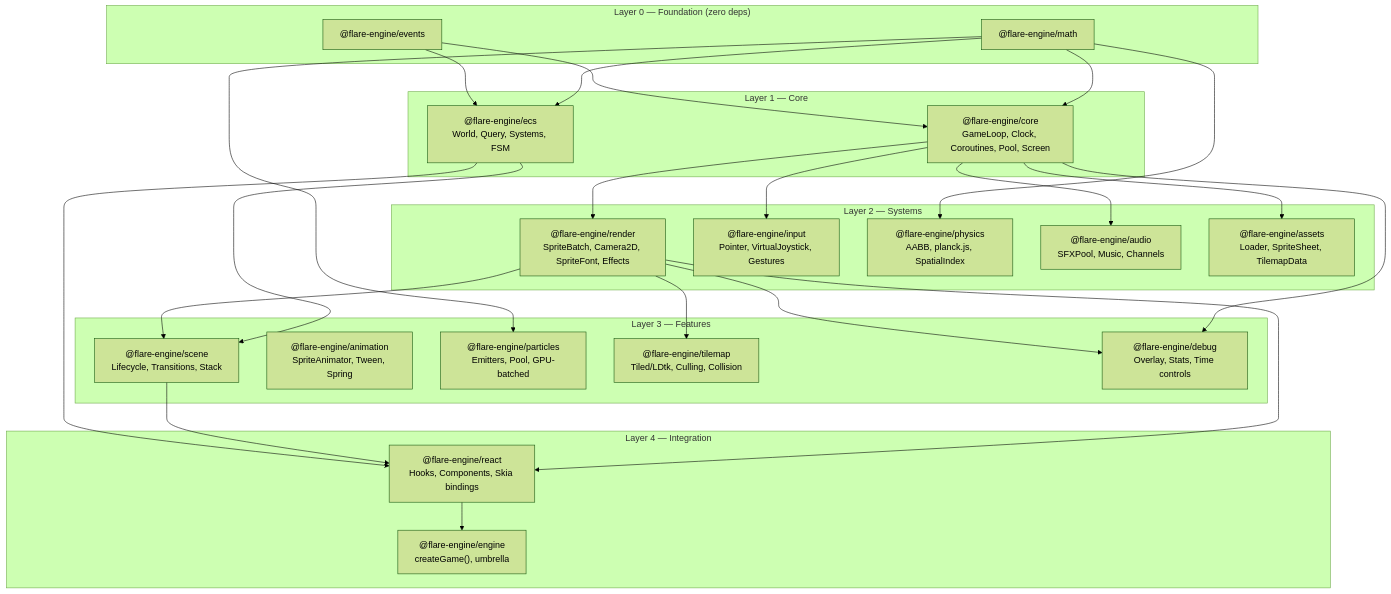
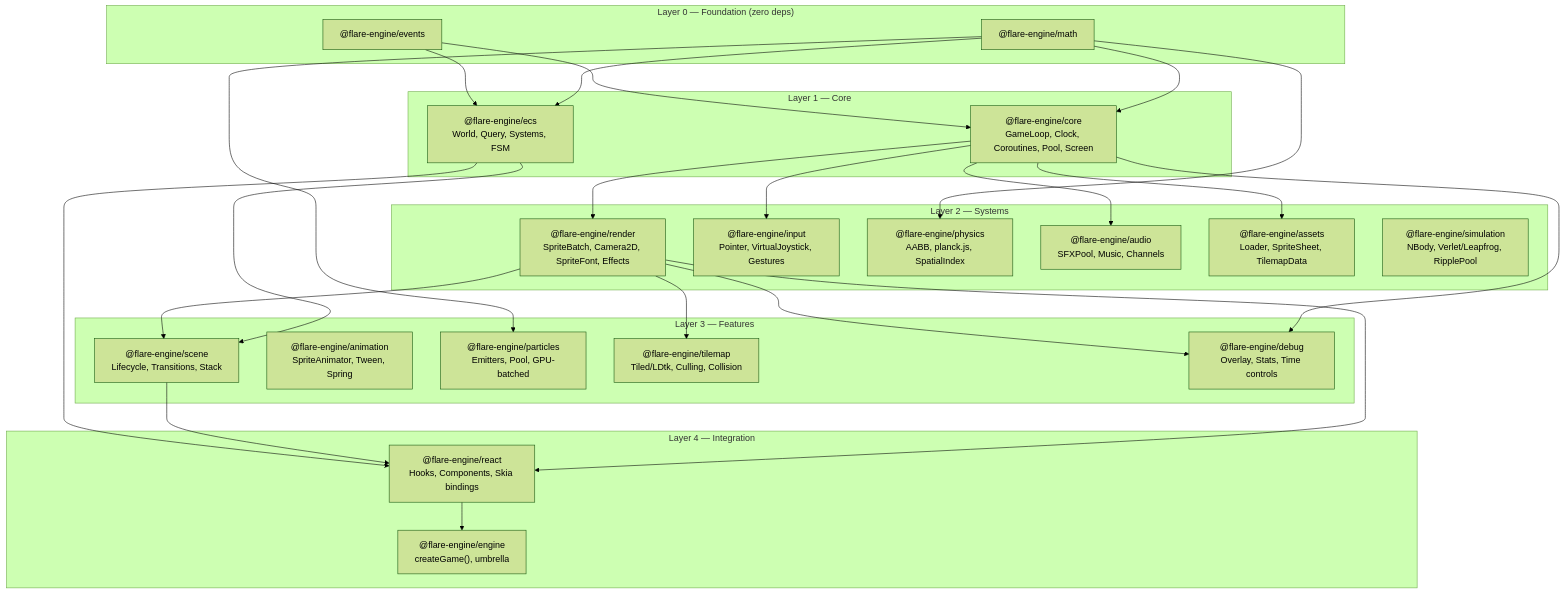
One commit to grzott/flare-engine changed the diagram in docs/design/architecture.md. Above: the diagram before and after it, drawn with Mermaid (forest theme). The commit also changed other lines of this file and 16 other files, not shown here.

Commit message:
feat(simulation): scaffold package + nbody/verlet/ripples

````diff
--- a/docs/design/architecture.md
+++ b/docs/design/architecture.md
@@ -17,57 +17,58 @@
 ```mermaid
 graph TD
     subgraph "Layer 0 — Foundation (zero deps)"
         MATH["@flare-engine/math"]
         EVENTS["@flare-engine/events"]
     end
 
     subgraph "Layer 1 — Core"
         CORE["@flare-engine/core<br/>GameLoop, Clock, Coroutines, Pool, Screen"]
         ECS["@flare-engine/ecs<br/>World, Query, Systems, FSM"]
     end
 
     subgraph "Layer 2 — Systems"
         RENDER["@flare-engine/render<br/>SpriteBatch, Camera2D, SpriteFont, Effects"]
         INPUT["@flare-engine/input<br/>Pointer, VirtualJoystick, Gestures"]
         PHYSICS["@flare-engine/physics<br/>AABB, planck.js, SpatialIndex"]
         AUDIO["@flare-engine/audio<br/>SFXPool, Music, Channels"]
         ASSETS["@flare-engine/assets<br/>Loader, SpriteSheet, TilemapData"]
+        SIMULATION["@flare-engine/simulation<br/>NBody, Verlet/Leapfrog, RipplePool"]
     end
 
     subgraph "Layer 3 — Features"
         SCENE["@flare-engine/scene<br/>Lifecycle, Transitions, Stack"]
         ANIM["@flare-engine/animation<br/>SpriteAnimator, Tween, Spring"]
         PARTICLES["@flare-engine/particles<br/>Emitters, Pool, GPU-batched"]
         TILEMAP["@flare-engine/tilemap<br/>Tiled/LDtk, Culling, Collision"]
         DEBUG["@flare-engine/debug<br/>Overlay, Stats, Time controls"]
     end
 
     subgraph "Layer 4 — Integration"
         REACT["@flare-engine/react<br/>Hooks, Components, Skia bindings"]
         ENGINE["@flare-engine/engine<br/>createGame(), umbrella"]
     end
 
     MATH --> CORE
     EVENTS --> CORE
     MATH --> ECS
     EVENTS --> ECS
 
     CORE --> RENDER
     CORE --> INPUT
     MATH --> PHYSICS
     CORE --> AUDIO
     CORE --> ASSETS
 
     ECS --> SCENE
     RENDER --> SCENE
     MATH --> PARTICLES
     RENDER --> TILEMAP
     CORE --> DEBUG
     RENDER --> DEBUG
 
     RENDER --> REACT
     SCENE --> REACT
     ECS --> REACT
 
     REACT --> ENGINE
 ```
````
